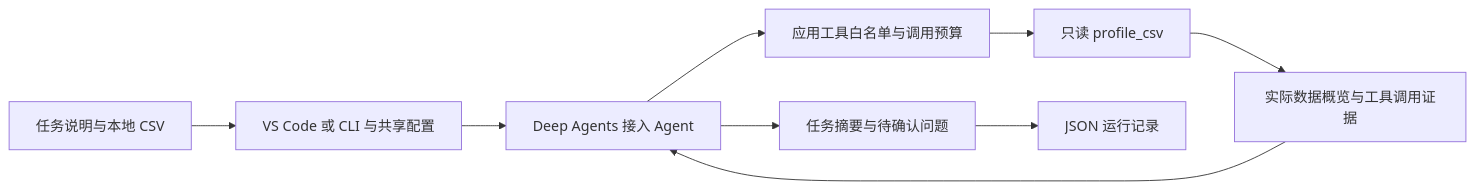
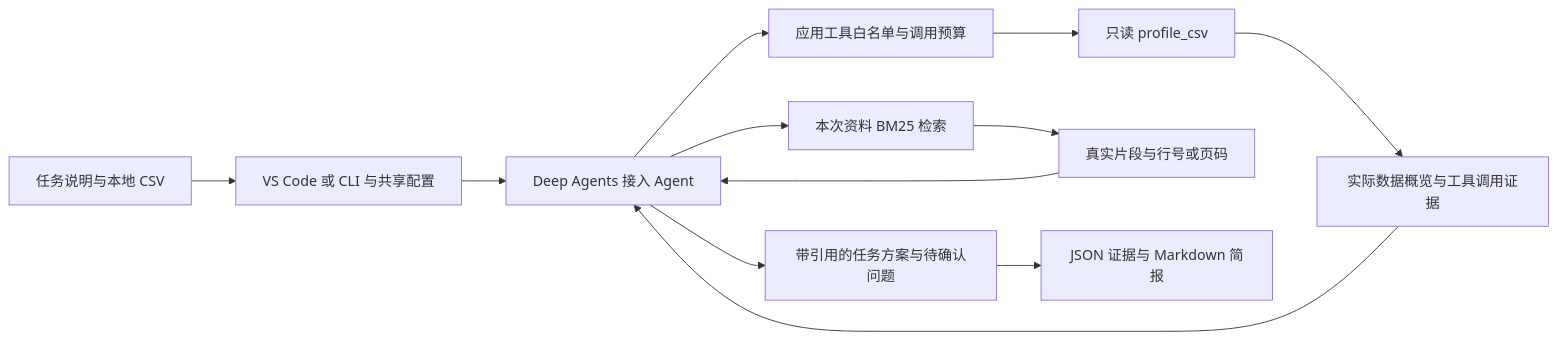
The diagram in docs/architecture.md (pypypaoying/LabWeaver), drawn with Mermaid before and after one commit. The commit also changed other lines of this file and 37 other files, not shown here.

````diff
--- a/docs/architecture.md
+++ b/docs/architecture.md
@@ -5,11 +5,14 @@
 ```mermaid
 flowchart LR
     U[任务说明与本地 CSV] --> C[VS Code 或 CLI 与共享配置]
     C --> A[Deep Agents 接入 Agent]
     A --> G[应用工具白名单与调用预算]
     G --> P[只读 profile_csv]
     P --> E[实际数据概览与工具调用证据]
     E --> A
-    A --> Q[任务摘要与待确认问题]
-    Q --> R[JSON 运行记录]
+    A --> S[本次资料 BM25 检索]
+    S --> D[真实片段与行号或页码]
+    D --> A
+    A --> Q[带引用的任务方案与待确认问题]
+    Q --> R[JSON 证据与 Markdown 简报]
 ```
````
